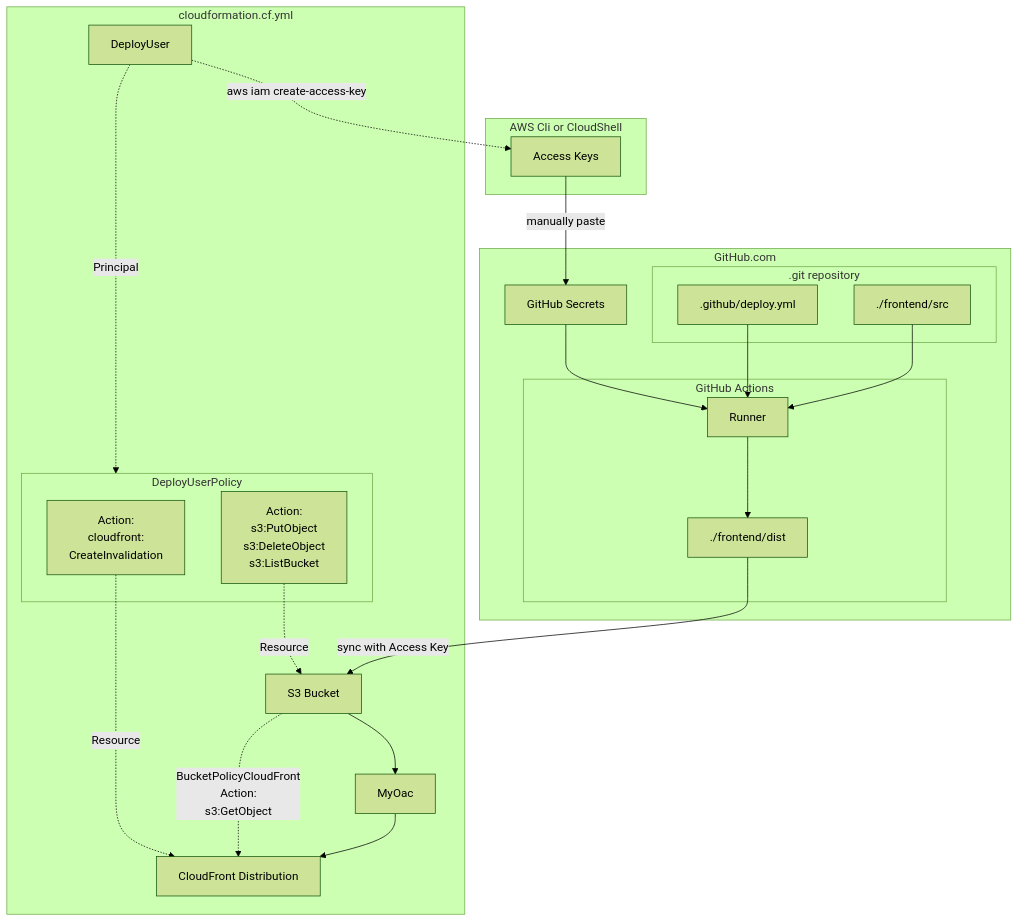
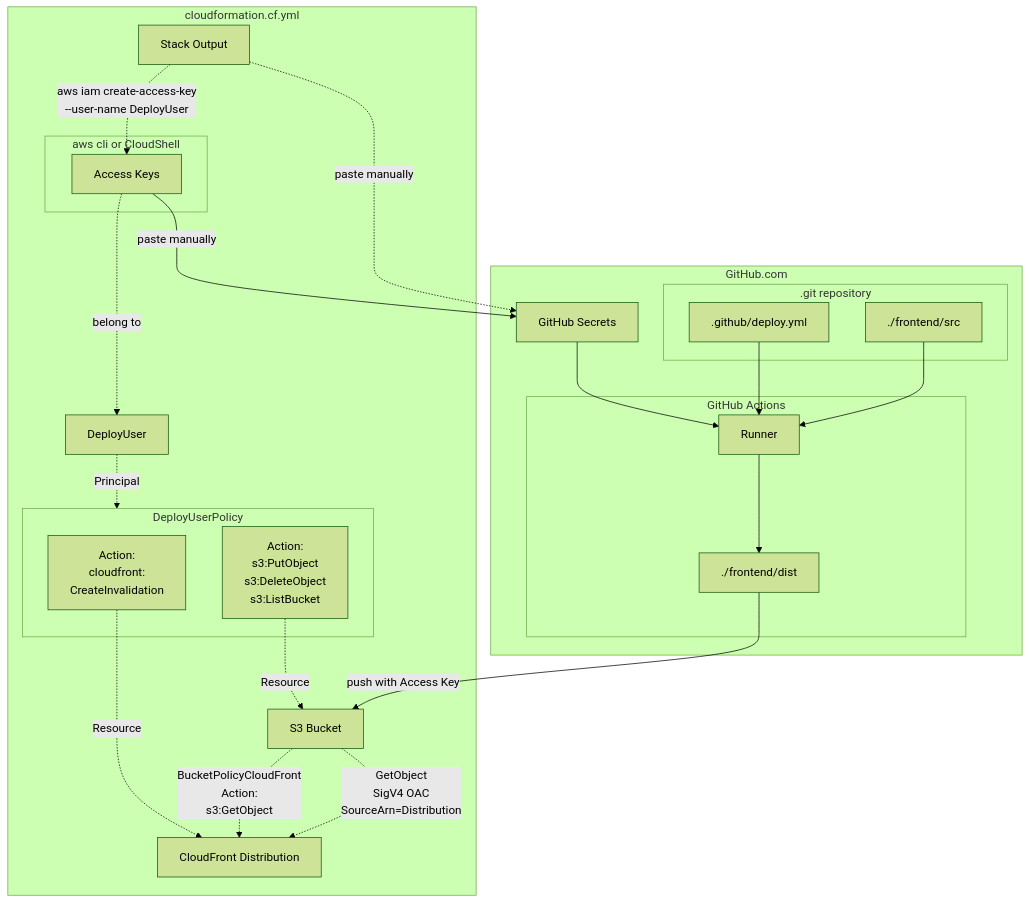
Before and after one commit to Codingschule/aws-astro-headless-cms-deployment: the first of 2 diagrams in README.md, drawn with Mermaid (forest theme). The commit also changed other lines of this file, not shown here.

````diff
--- a/README.md
+++ b/README.md
@@ -43,44 +71,46 @@
 ```mermaid
 flowchart TD
     %% =====================
     subgraph GitHub.com
         subgraph .git repository
           SRC[./frontend/src]
           WF[.github/deploy.yml]
         end
 
         SEC[GitHub Secrets]
 
         subgraph GitHub Actions
           Dist[./frontend/dist]
           RUN[Runner]
         end
     end
     %% =====================
-    subgraph CLI[AWS Cli or CloudShell]
+    subgraph AWS[cloudformation.cf.yml]
+    %% *********************
+    subgraph CLI[aws cli or CloudShell]
         KEY[Access Keys]
     end
-    %% =====================
-    subgraph AWS[cloudformation.cf.yml]
+        OUT[Stack Output]
         IAM[DeployUser]
         CF[CloudFront Distribution]
         S3[S3 Bucket]
-        OAC[MyOac]
         subgraph PolDep[DeployUserPolicy]
           Inv[Action:<br />cloudfront:<br />CreateInvalidation]
           Wri[Action:<br />s3:PutObject<br />s3:DeleteObject<br />s3:ListBucket]
         end
     end
     %% =====================
         IAM -.Principal.-> PolDep
           Wri -.Resource.-> S3
           Inv -.Resource.-> CF
         S3 -. BucketPolicyCloudFront<br />Action:<br/>s3:GetObject .-> CF
-        IAM -.aws iam create-access-key .-> KEY -- manually paste --> SEC
+        OUT -.aws iam create-access-key<br />--user-name DeployUser .-> KEY -- paste manually --> SEC
+        KEY -. belong to .-> IAM
+        OUT -.paste manually.-> SEC
+
         SEC --> RUN
         WF --> RUN
         SRC --> RUN
-        RUN --> Dist --sync with Access Key--> S3 --> OAC --> CF
-
-
+        RUN --> Dist --push with Access Key--> S3
+        S3 -.->|GetObject<br/>SigV4 OAC<br/>SourceArn=Distribution| CF
 ```
````
